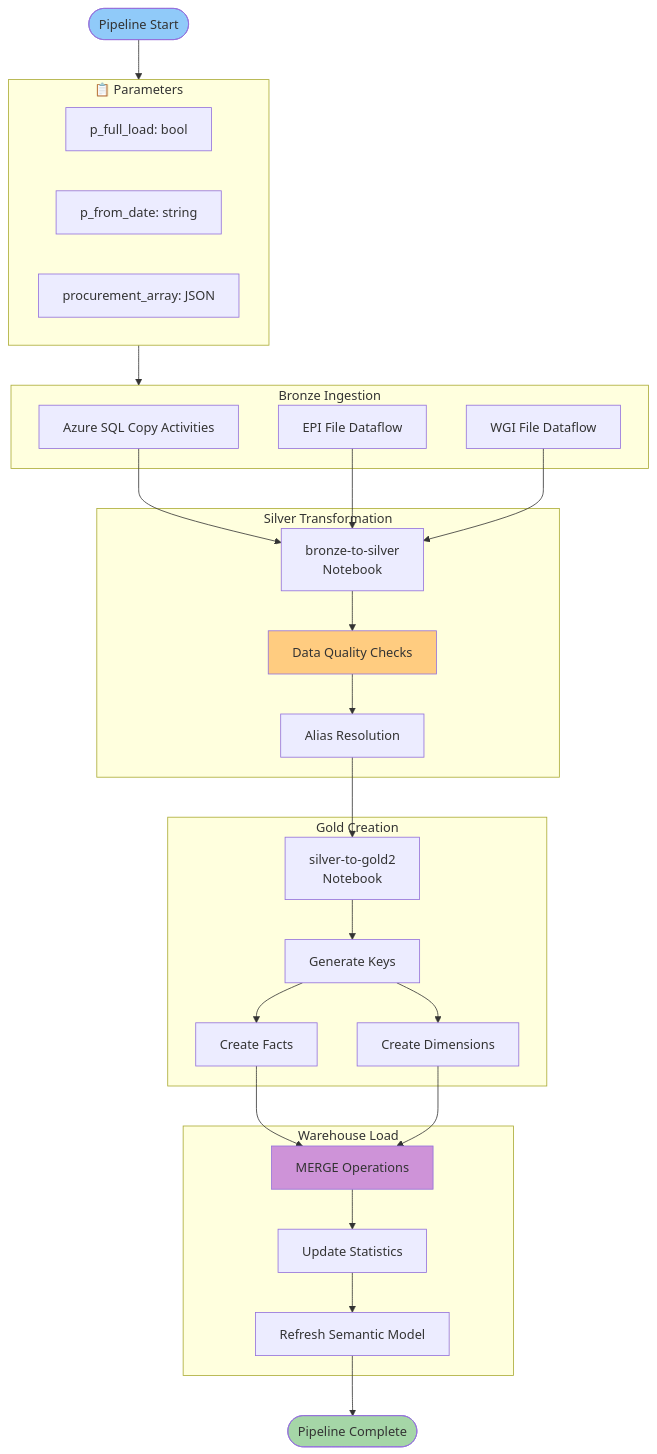
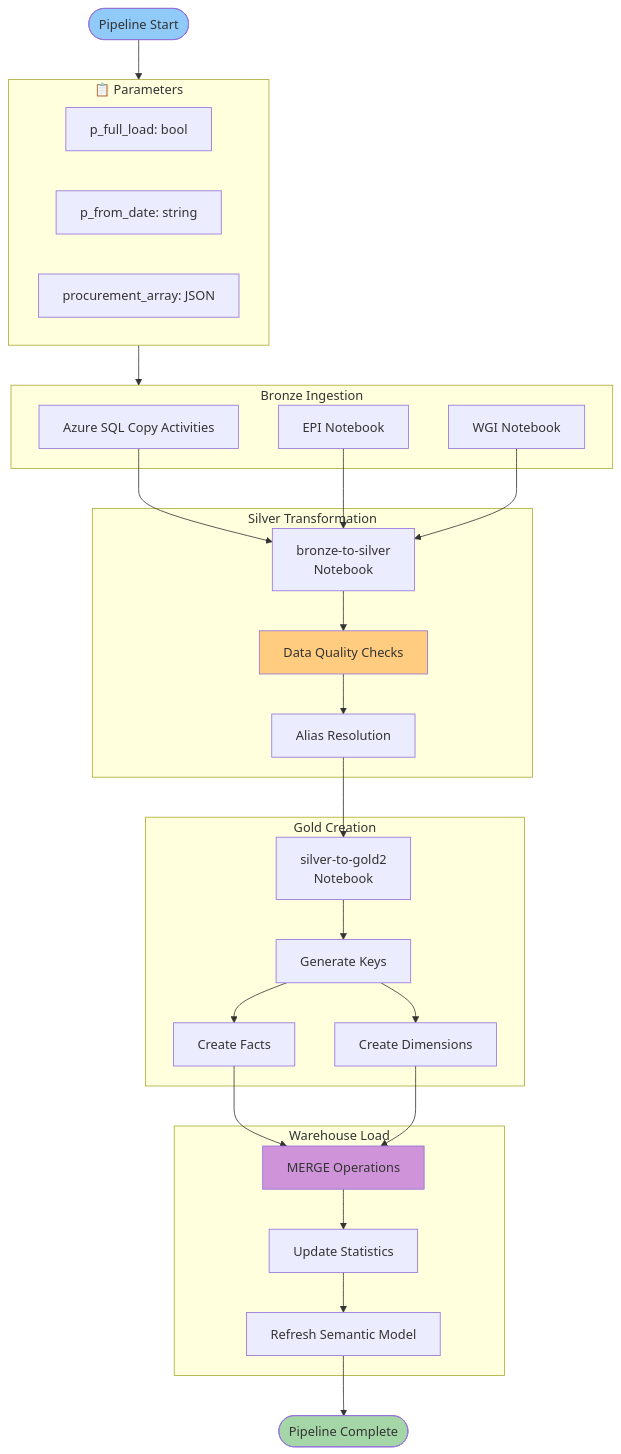
The second of 4 diagrams in docs/architecture/data-flow-diagram.md (erikemilsson/OEMMatInsightBI), drawn with Mermaid before and after one commit. The commit also changed 14 other files, not shown here.

````diff
--- a/docs/architecture/data-flow-diagram.md
+++ b/docs/architecture/data-flow-diagram.md
@@ -92,59 +92,59 @@
 ```mermaid
 flowchart TB
     Start([Pipeline Start])
 
     subgraph Params["📋 Parameters"]
         P1[p_full_load: bool]
         P2[p_from_date: string]
         P3[procurement_array: JSON]
     end
 
     subgraph Bronze["Bronze Ingestion"]
         B1[Azure SQL Copy Activities]
-        B2[EPI File Dataflow]
-        B3[WGI File Dataflow]
+        B2[EPI Notebook]
+        B3[WGI Notebook]
     end
 
     subgraph Silver["Silver Transformation"]
         S1[bronze-to-silver<br/>Notebook]
         S2[Data Quality Checks]
         S3[Alias Resolution]
     end
 
     subgraph Gold["Gold Creation"]
         G1[silver-to-gold2<br/>Notebook]
         G2[Generate Keys]
         G3[Create Facts]
         G4[Create Dimensions]
     end
 
     subgraph Load["Warehouse Load"]
         L1[MERGE Operations]
         L2[Update Statistics]
         L3[Refresh Semantic Model]
     end
 
     End([Pipeline Complete])
 
     Start --> Params
     Params --> Bronze
     B1 --> S1
     B2 --> S1
     B3 --> S1
     S1 --> S2
     S2 --> S3
     S3 --> G1
     G1 --> G2
     G2 --> G3
     G2 --> G4
     G3 --> L1
     G4 --> L1
     L1 --> L2
     L2 --> L3
     L3 --> End
 
     style Start fill:#90caf9
     style End fill:#a5d6a7
     style S2 fill:#ffcc80
     style L1 fill:#ce93d8
 ```
````
